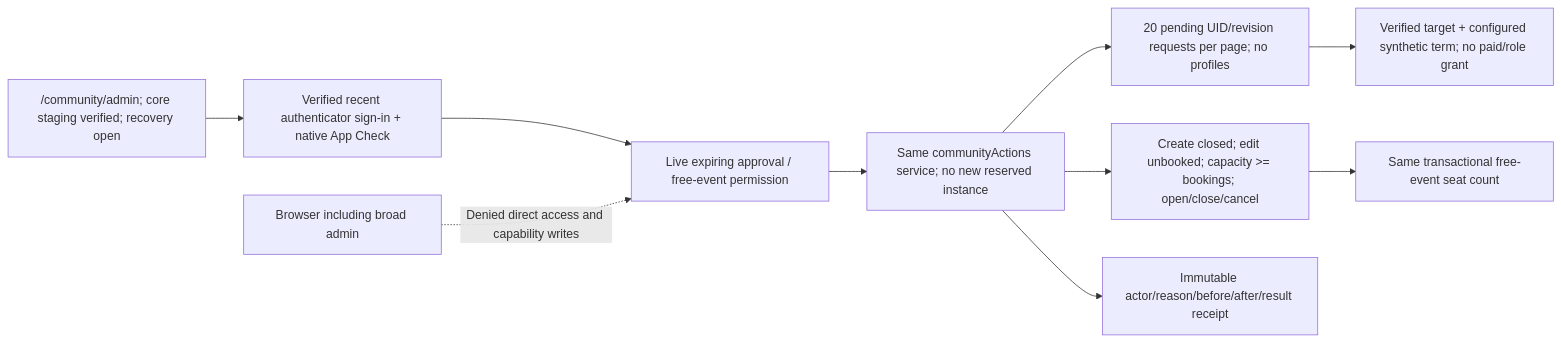
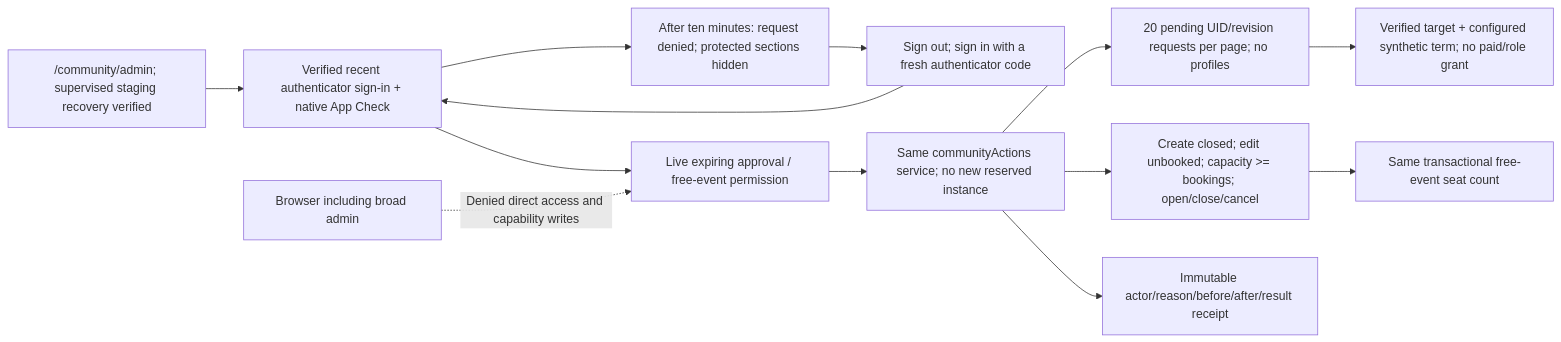
Before and after one commit to Run-MPRC/Run-MPRC.github.io: the first of 14 diagrams in docs/officers/SYSTEM_MAPS.md, drawn with Mermaid. The commit also changed other lines of this file and 8 other files, not shown here.

Commit message:
docs: verify staging MFA session recovery and officer handoff

````diff
--- a/docs/officers/SYSTEM_MAPS.md
+++ b/docs/officers/SYSTEM_MAPS.md
@@ -9,12 +9,15 @@
 ```mermaid
 flowchart LR
-    Officer["/community/admin; core staging verified; recovery open"] --> MFA["Verified recent authenticator sign-in + native App Check"]
+    Officer["/community/admin; supervised staging recovery verified"] --> MFA["Verified recent authenticator sign-in + native App Check"]
     MFA --> Cap["Live expiring approval / free-event permission"]
+    MFA --> Expired["After ten minutes: request denied; protected sections hidden"]
+    Expired --> Reauth["Sign out; sign in with a fresh authenticator code"]
+    Reauth --> MFA
     Cap --> One["Same communityActions service; no new reserved instance"]
     One --> Review["20 pending UID/revision requests per page; no profiles"]
     Review --> Approval["Verified target + configured synthetic term; no paid/role grant"]
     One --> Manage["Create closed; edit unbooked; capacity >= bookings; open/close/cancel"]
     Manage --> Seats["Same transactional free-event seat count"]
     One --> Audit["Immutable actor/reason/before/after/result receipt"]
     Browser["Browser including broad admin"] -. "Denied direct access and capability writes" .-> Cap
 ```
````
